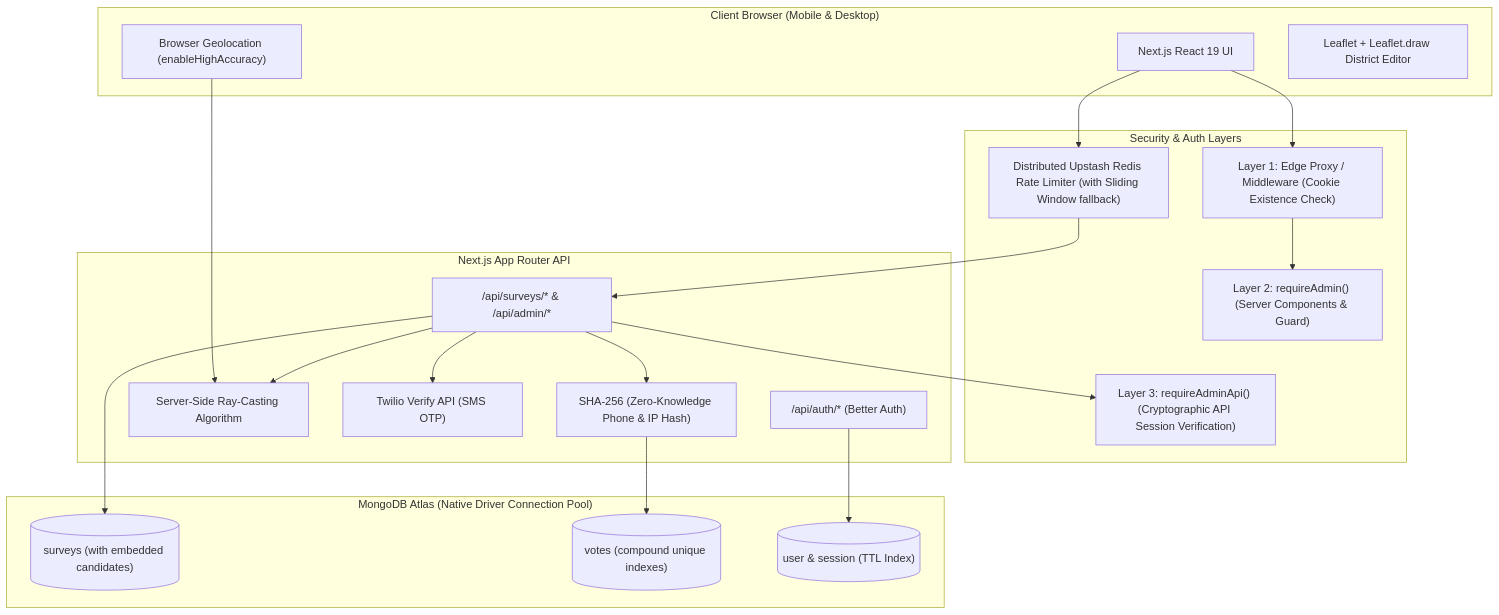
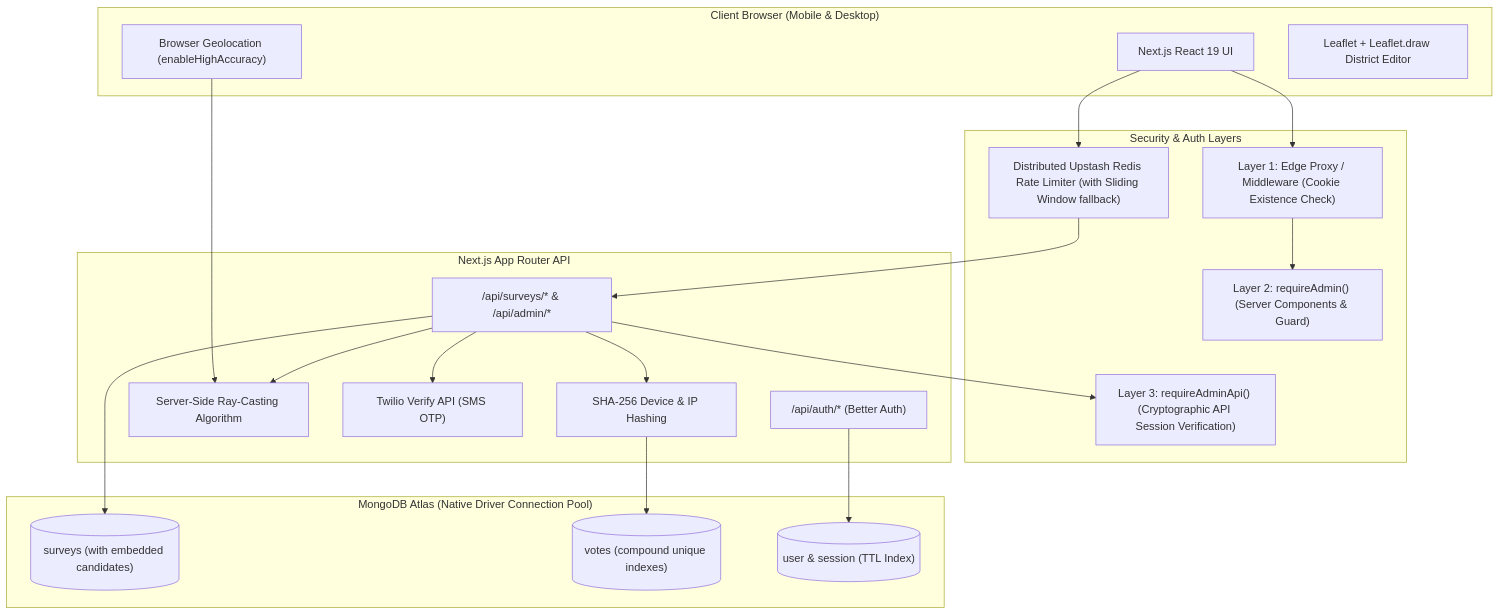
Before and after one commit to Campus-OS/voting-surveys: the diagram in README.md, drawn with Mermaid. The commit also changed other lines of this file and 14 other files, not shown here.

````diff
--- a/README.md
+++ b/README.md
@@ -9,42 +9,42 @@
 ```mermaid
 flowchart TD
     subgraph Client ["Client Browser (Mobile & Desktop)"]
         UI["Next.js React 19 UI"]
         GPS["Browser Geolocation (enableHighAccuracy)"]
         Map["Leaflet + Leaflet.draw District Editor"]
     end
 
     subgraph Security ["Security & Auth Layers"]
         L1["Layer 1: Edge Proxy / Middleware (Cookie Existence Check)"]
         L2["Layer 2: requireAdmin() (Server Components & Guard)"]
         L3["Layer 3: requireAdminApi() (Cryptographic API Session Verification)"]
         RL["Distributed Upstash Redis Rate Limiter (with Sliding Window fallback)"]
     end
 
     subgraph API ["Next.js App Router API"]
         AuthRoute["/api/auth/* (Better Auth)"]
         SurveyRoutes["/api/surveys/* & /api/admin/*"]
         GeoCheck["Server-Side Ray-Casting Algorithm"]
         TwilioService["Twilio Verify API (SMS OTP)"]
-        Hasher["SHA-256 (Zero-Knowledge Phone & IP Hash)"]
+        Hasher["SHA-256 Device & IP Hashing"]
     end
 
     subgraph Database ["MongoDB Atlas (Native Driver Connection Pool)"]
         SurveysCol[("surveys (with embedded candidates)")]
         VotesCol[("votes (compound unique indexes)")]
         UserCol[("user & session (TTL Index)")]
     end
 
     UI --> L1
     L1 --> L2
     UI --> RL
     RL --> SurveyRoutes
     SurveyRoutes --> L3
     GPS --> GeoCheck
     SurveyRoutes --> GeoCheck
     SurveyRoutes --> TwilioService
     SurveyRoutes --> Hasher
     Hasher --> VotesCol
     SurveyRoutes --> SurveysCol
     AuthRoute --> UserCol
 ```
````
